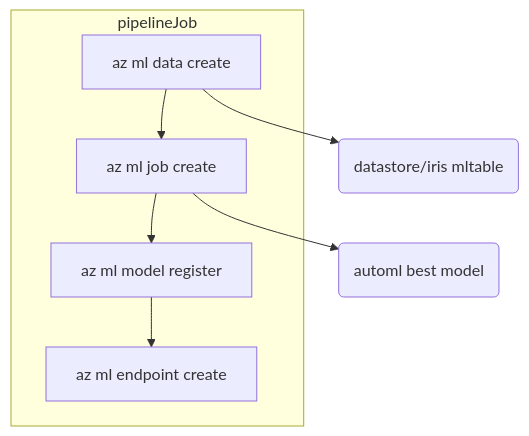
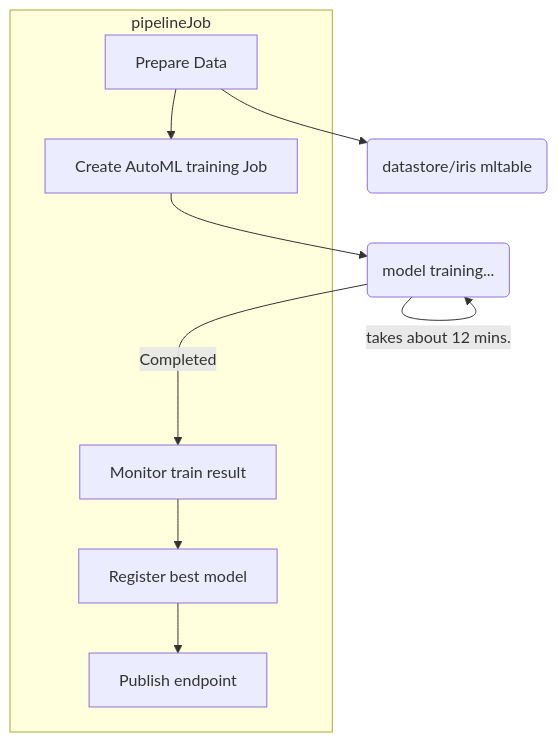
One commit to Kyrsang/Azure-ML-automation-research changed the second of 2 diagrams in README.md. Above: the diagram before and after it, drawn with Mermaid.

````diff
--- a/README.md
+++ b/README.md
@@ -37,19 +37,22 @@
 ```mermaid
 flowchart TD
     subgraph pipelineJob
-        A[az ml data create]
-        B[az ml job create]
-        C[az ml model register]
-        D[az ml endpoint create]
+        A[Prepare Data]
+        B[Create AutoML training Job]
+        C[Monitor train result]
+        D[Register best model]
+        E[Publish endpoint]
     end 
 
-    E(datastore/iris mltable)
-    F(automl best model)
-
+    F(datastore/iris mltable)
+    G(model training...) 
+    
     A --> B 
-    B --> C 
-    C --> D
-
-    A --> E
-    B --> F
+    C --> D 
+    D --> E 
+    A --> F 
+    B --> G  
+    G --> |takes about 12 mins.|G 
+    
+    G --Completed---> C
 ```
````
